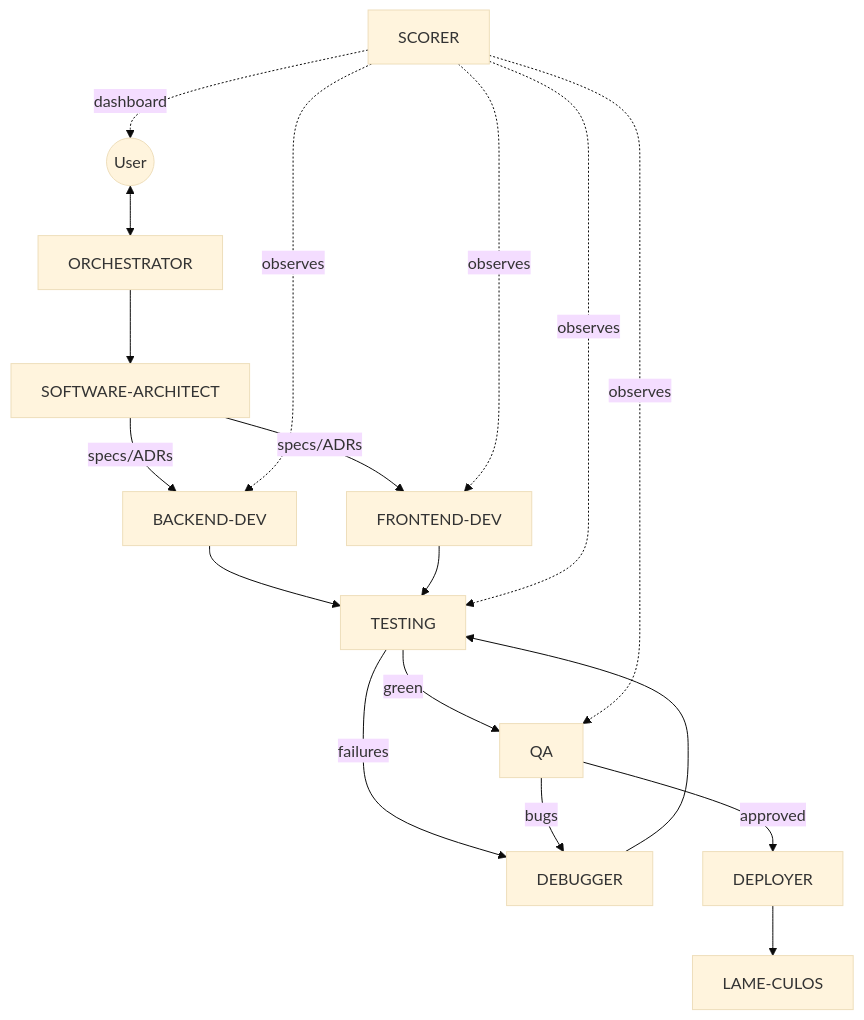
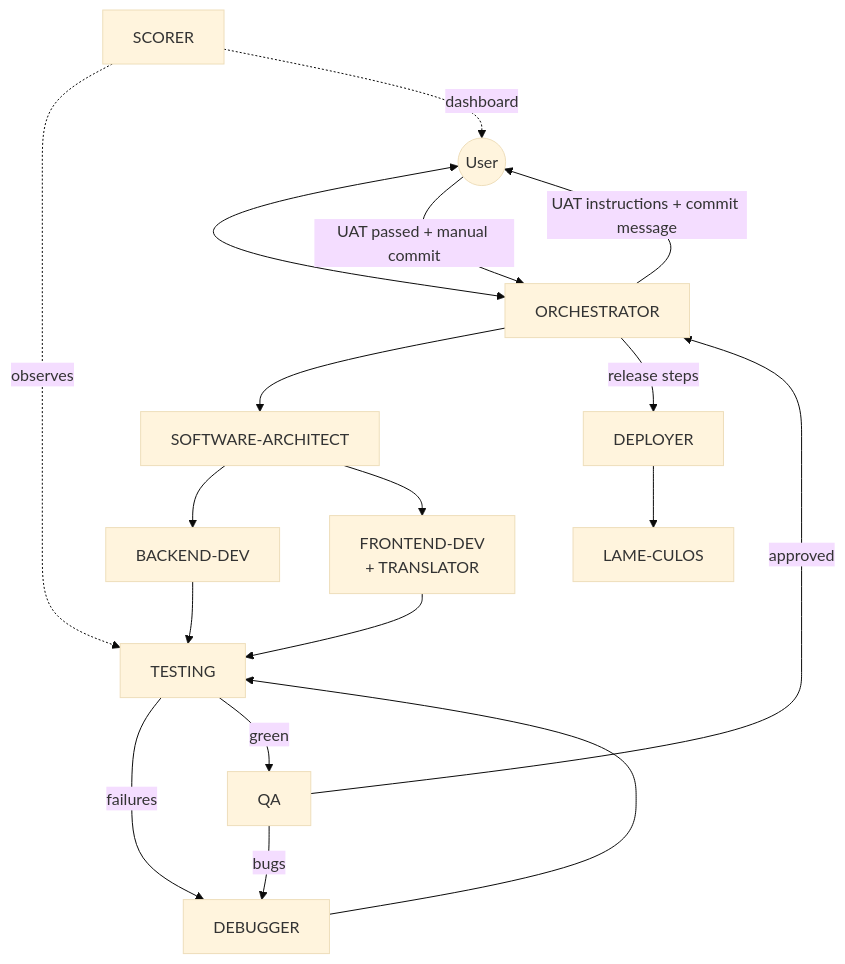
Before and after one commit to larrezze-dev/PyGUIbud_CLAUDE: the third of 4 diagrams in project.md, drawn with Mermaid (base theme). The commit also changed other lines of this file and 260 other files, not shown here.

````diff
--- a/project.md
+++ b/project.md
@@ -112,17 +72,20 @@
 ```mermaid
 flowchart TD
   U((User)) <--> O[ORCHESTRATOR]
   O --> A[SOFTWARE-ARCHITECT]
-  A -->|specs/ADRs| BE[BACKEND-DEV]
-  A -->|specs/ADRs| FE[FRONTEND-DEV]
+  A --> BE[BACKEND-DEV]
+  A --> FE[FRONTEND-DEV<br/>+ TRANSLATOR]
   BE --> T[TESTING]
   FE --> T
   T -->|failures| DBG[DEBUGGER]
   DBG --> T
   T -->|green| QA[QA]
   QA -->|bugs| DBG
-  QA -->|approved| DEP[DEPLOYER]
+  QA -->|approved| O
+  O -->|UAT instructions + commit message| U
+  U -->|UAT passed + manual commit| O
+  O -->|release steps| DEP[DEPLOYER]
   DEP --> LC[LAME-CULOS]
-  S[SCORER] -.observes.-> BE & FE & T & QA
+  S[SCORER] -.observes.-> T
   S -.dashboard.-> U
 ```
````
